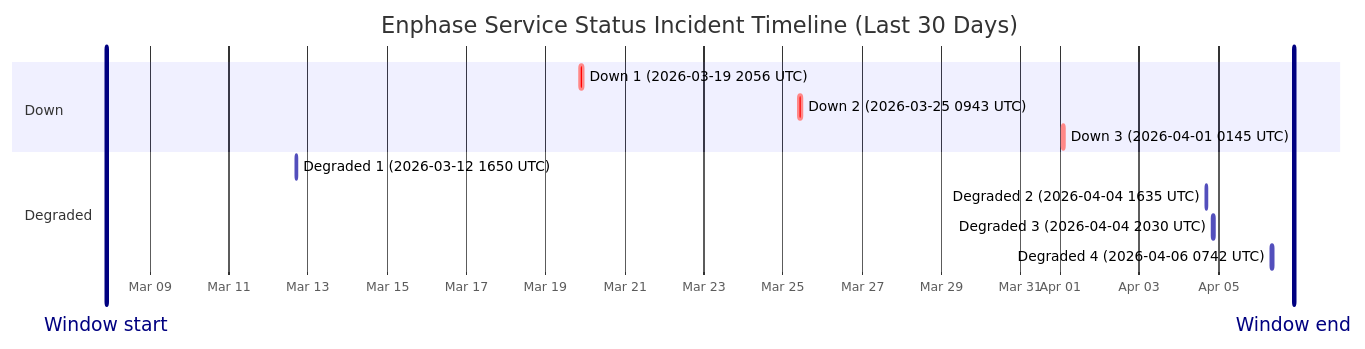
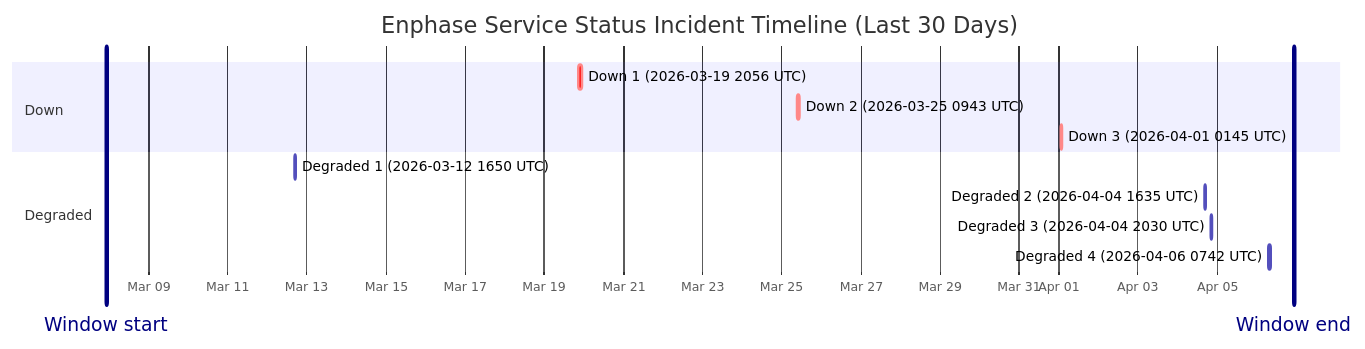
One commit to barneyonline/ha-enphase-ev-charger changed the diagram in wiki/Service-Status-History.md. Above: the diagram before and after it, drawn with Mermaid. The commit also changed other lines of this file and 3 other files, not shown here.

````diff
--- a/wiki/Service-Status-History.md
+++ b/wiki/Service-Status-History.md
@@ -14,17 +14,17 @@
 ```mermaid
 gantt
     title Enphase Service Status Incident Timeline (Last 30 Days)
     dateFormat  YYYY-MM-DDTHH:mm:ss
     axisFormat  %b %d
-    Window start :vert, window-start, 2026-03-07T21:37:08, 0ms
-    Window end :vert, window-end, 2026-04-06T21:37:08, 0ms
+    Window start :vert, window-start, 2026-03-07T22:35:50, 0ms
+    Window end :vert, window-end, 2026-04-06T22:35:50, 0ms
     section Down
     Down 1 (2026-03-19 2056 UTC) :crit, down-1, 2026-03-19T20:56:20, 145m
     Down 2 (2026-03-25 0943 UTC) :crit, down-2, 2026-03-25T09:43:28, 111m
     Down 3 (2026-04-01 0145 UTC) :crit, down-3, 2026-04-01T01:45:09, 60m
     section Degraded
     Degraded 1 (2026-03-12 1650 UTC) :active, degraded-1, 2026-03-12T16:50:43, 60m
     Degraded 2 (2026-04-04 1635 UTC) :active, degraded-2, 2026-04-04T16:35:17, 60m
     Degraded 3 (2026-04-04 2030 UTC) :active, degraded-3, 2026-04-04T20:30:40, 60m
     Degraded 4 (2026-04-06 0742 UTC) :active, degraded-4, 2026-04-06T07:42:09, 85m
 ```
````
